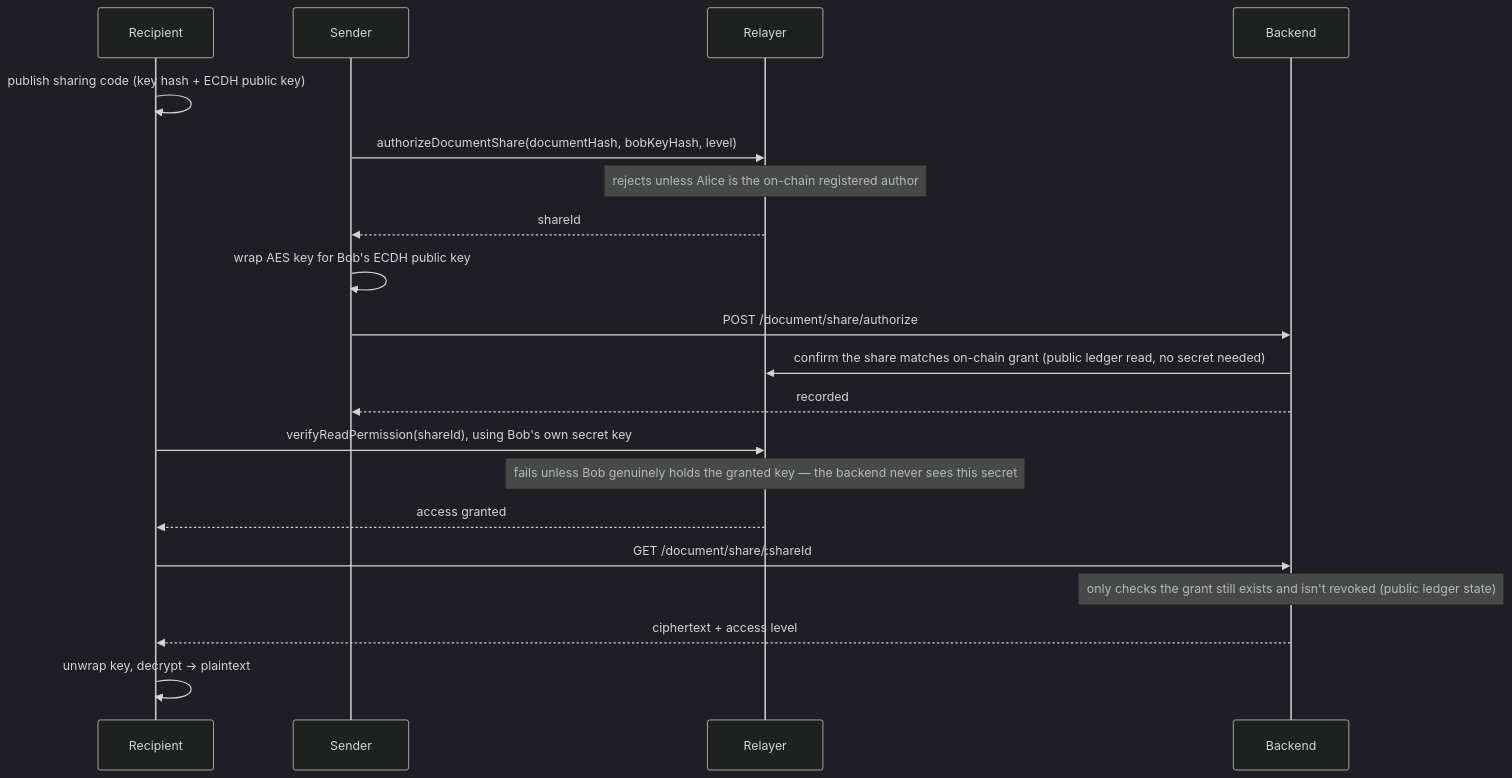
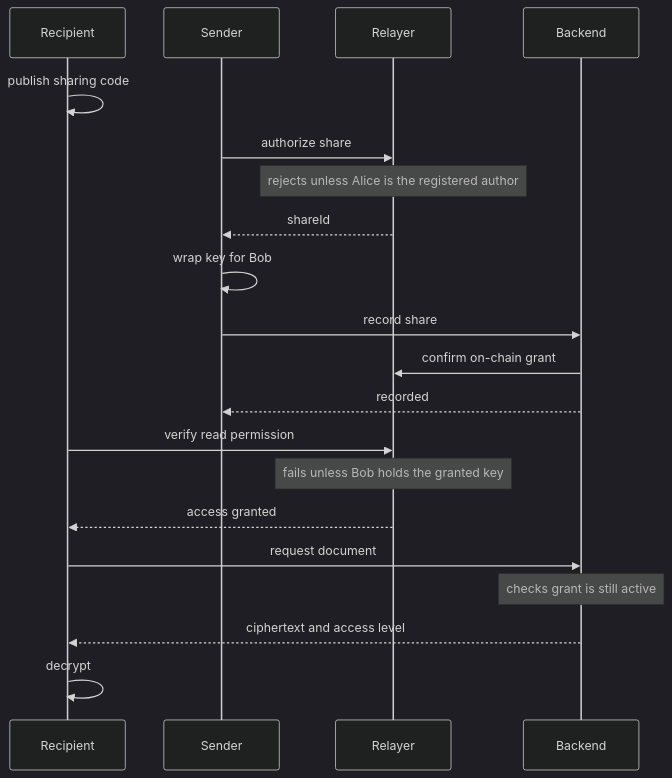
Before and after one commit to Nanle-code/privatescroll: the fourth of 4 diagrams in README.md, drawn with Mermaid (dark theme). The commit also changed other lines of this file, not shown here.

First line of the commit message:
Tighten README diagrams so nothing gets clipped by GitHub's viewer

````diff
--- a/README.md
+++ b/README.md
@@ -145,23 +144,23 @@
 ```mermaid
 sequenceDiagram
     participant Bob as Recipient
     participant Alice as Sender
     participant R as Relayer
     participant B as Backend
 
-    Bob->>Bob: publish sharing code (key hash + ECDH public key)
-    Alice->>R: authorizeDocumentShare(documentHash, bobKeyHash, level)
-    Note over R: rejects unless Alice is the on-chain registered author
+    Bob->>Bob: publish sharing code
+    Alice->>R: authorize share
+    Note over R: rejects unless Alice is the registered author
     R-->>Alice: shareId
-    Alice->>Alice: wrap AES key for Bob's ECDH public key
-    Alice->>B: POST /document/share/authorize
-    B->>R: confirm the share matches on-chain grant (public ledger read, no secret needed)
+    Alice->>Alice: wrap key for Bob
+    Alice->>B: record share
+    B->>R: confirm on-chain grant
     B-->>Alice: recorded
-    Bob->>R: verifyReadPermission(shareId), using Bob's own secret key
-    Note over R: fails unless Bob genuinely holds the granted key — the backend never sees this secret
+    Bob->>R: verify read permission
+    Note over R: fails unless Bob holds the granted key
     R-->>Bob: access granted
-    Bob->>B: GET /document/share/:shareId
-    Note over B: only checks the grant still exists and isn't revoked (public ledger state)
-    B-->>Bob: ciphertext + access level
-    Bob->>Bob: unwrap key, decrypt -> plaintext
+    Bob->>B: request document
+    Note over B: checks grant is still active
+    B-->>Bob: ciphertext and access level
+    Bob->>Bob: decrypt
 ```
````
